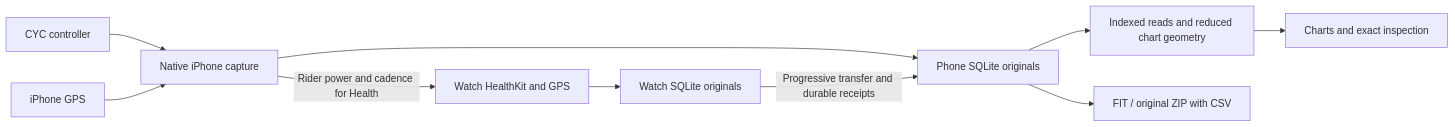
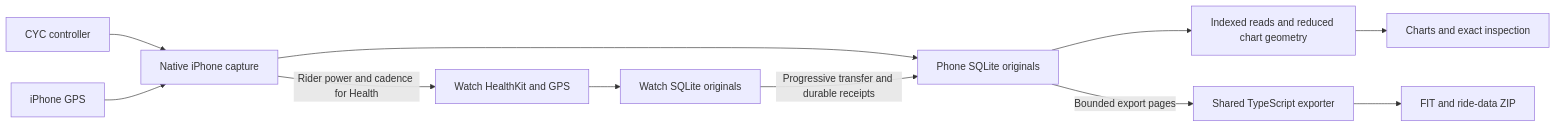
The diagram in docs/architecture.md (AlekseiBespalov/power-log), drawn with Mermaid before and after one commit. The commit also changed other lines of this file and 234 other files, not shown here.

````diff
--- a/docs/architecture.md
+++ b/docs/architecture.md
@@ -9,12 +9,13 @@
 ```mermaid
 flowchart LR
   CYC[CYC controller] --> Phone[Native iPhone capture]
   GPS[iPhone GPS] --> Phone
   Phone --> Store[Phone SQLite originals]
   Watch[Watch HealthKit and GPS] --> Journal[Watch SQLite originals]
   Journal -->|Progressive transfer and durable receipts| Store
   Phone -->|Rider power and cadence for Health| Watch
   Store --> Queries[Indexed reads and reduced chart geometry]
   Queries --> UI[Charts and exact inspection]
-  Store --> Export[FIT / original ZIP with CSV]
+  Store -->|Bounded export pages| Export[Shared TypeScript exporter]
+  Export --> Files[FIT and ride-data ZIP]
 ```
````
